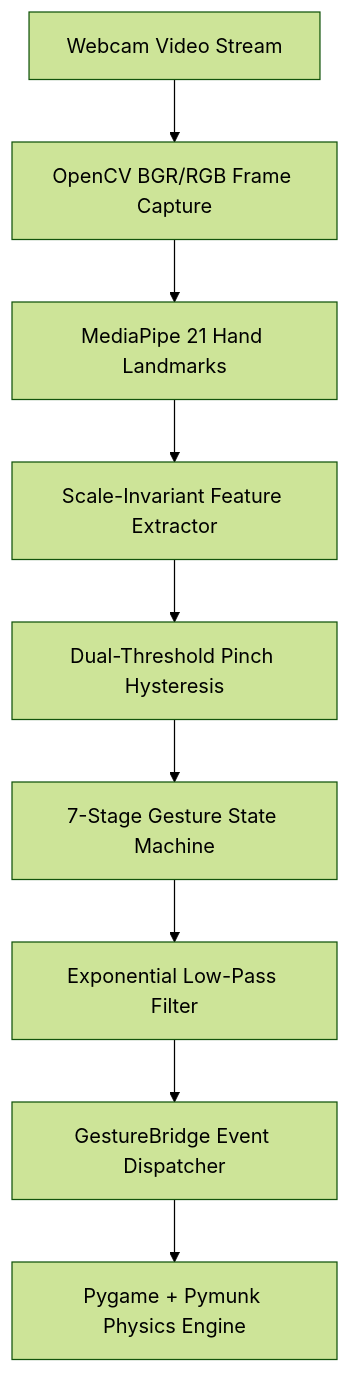
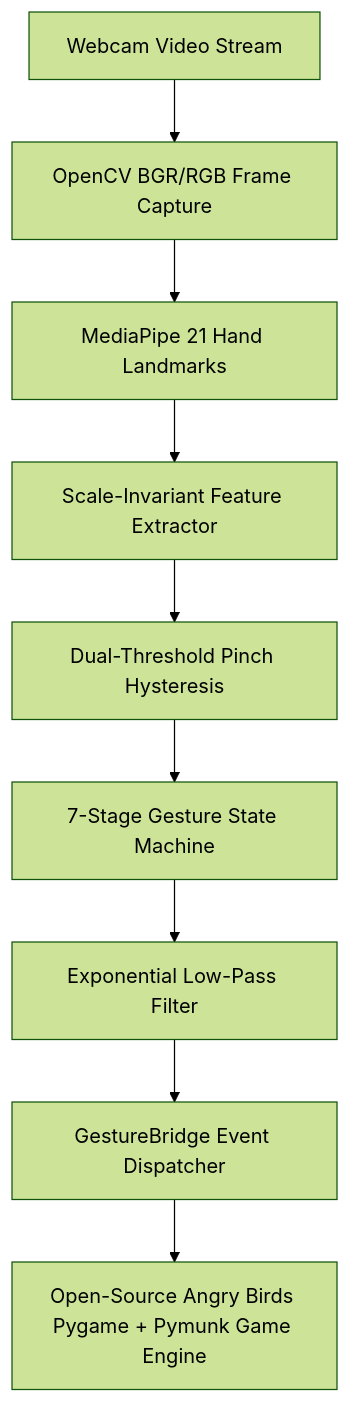
One commit to GradientDescent-git/Gyro_Birdgame changed the diagram in README.md. Above: the diagram before and after it, drawn with Mermaid (forest theme). The commit also changed other lines of this file, not shown here.

Commit message:
docs: clarify computer vision hand control integrated into open-source Angry Birds game engine

````diff
--- a/README.md
+++ b/README.md
@@ -62,11 +66,11 @@
 ```mermaid
 flowchart TD
     Camera[Webcam Video Stream] --> OpenCV[OpenCV BGR/RGB Frame Capture]
     OpenCV --> MediaPipe[MediaPipe 21 Hand Landmarks]
     MediaPipe --> Features[Scale-Invariant Feature Extractor]
     Features --> Hysteresis[Dual-Threshold Pinch Hysteresis]
     Hysteresis --> FSM[7-Stage Gesture State Machine]
     FSM --> Smooth[Exponential Low-Pass Filter]
     Smooth --> Bridge[GestureBridge Event Dispatcher]
-    Bridge --> Physics[Pygame + Pymunk Physics Engine]
+    Bridge --> Physics[Open-Source Angry Birds Pygame + Pymunk Game Engine]
 ```
````
